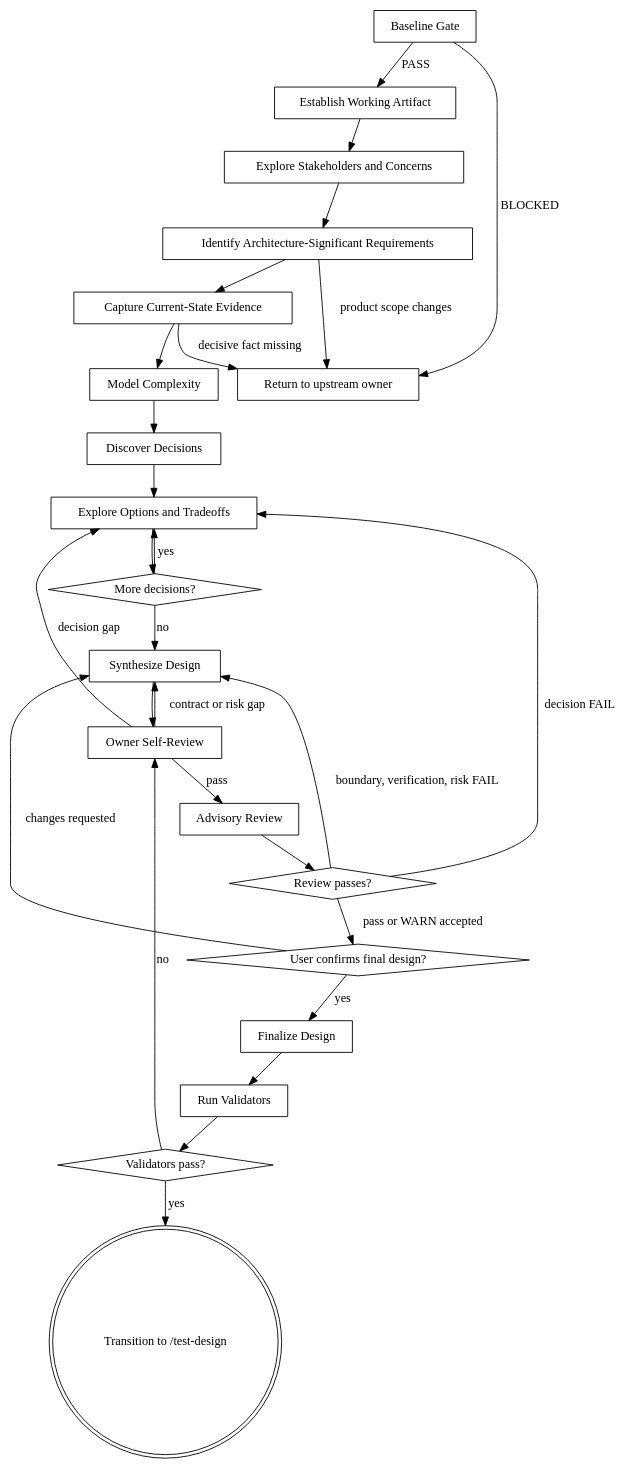
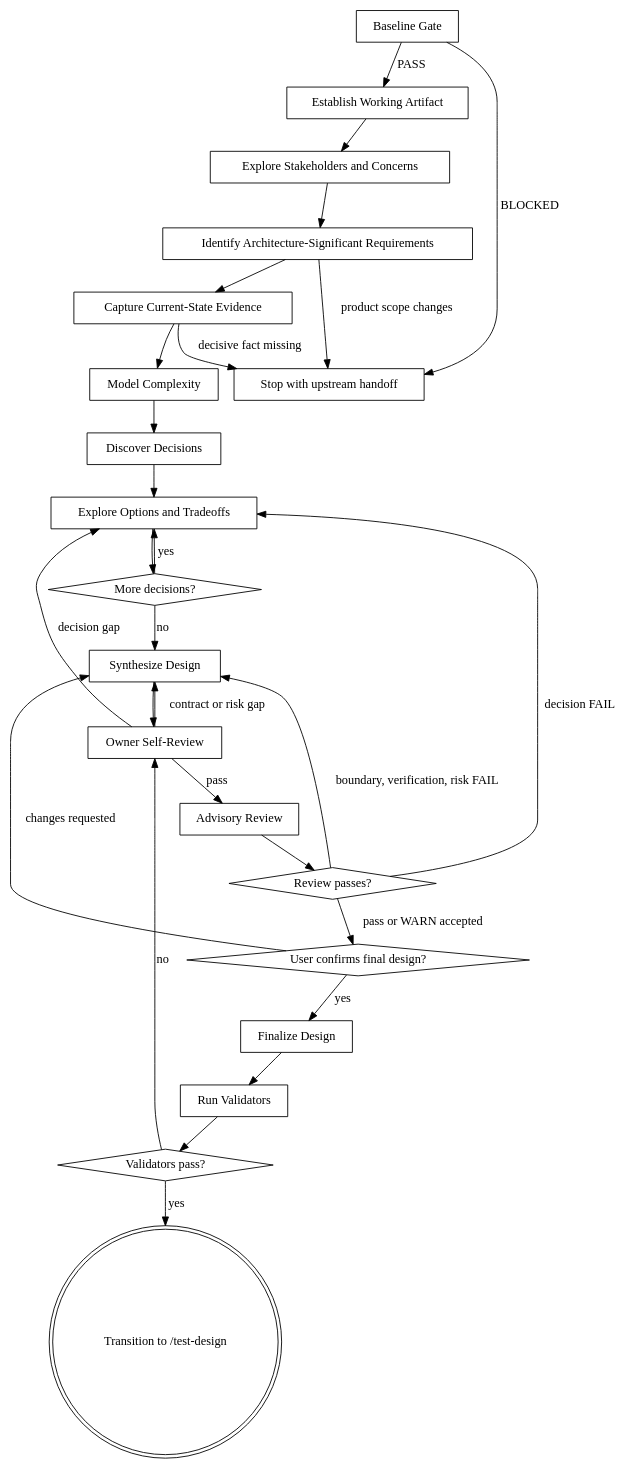
The diagram in shared/skills/design/SKILL.md (jieli-cqwl/org-claude-skills), drawn with Graphviz before and after one commit. The commit also changed other lines of this file and 52 other files, not shown here.

First line of the commit message:
docs: streamline design governance flow

````diff
--- a/shared/skills/design/SKILL.md
+++ b/shared/skills/design/SKILL.md
@@ -49,51 +49,51 @@
 ```dot
 digraph design {
     "Baseline Gate" [shape=box];
-    "Return to upstream owner" [shape=box];
+    "Stop with upstream handoff" [shape=box];
     "Establish Working Artifact" [shape=box];
     "Explore Stakeholders and Concerns" [shape=box];
     "Identify Architecture-Significant Requirements" [shape=box];
     "Capture Current-State Evidence" [shape=box];
     "Model Complexity" [shape=box];
     "Discover Decisions" [shape=box];
     "Explore Options and Tradeoffs" [shape=box];
     "More decisions?" [shape=diamond];
     "Synthesize Design" [shape=box];
     "Owner Self-Review" [shape=box];
     "Advisory Review" [shape=box];
     "Review passes?" [shape=diamond];
     "User confirms final design?" [shape=diamond];
     "Finalize Design" [shape=box];
     "Run Validators" [shape=box];
     "Validators pass?" [shape=diamond];
     "Transition to /test-design" [shape=doublecircle];
 
-    "Baseline Gate" -> "Return to upstream owner" [label="BLOCKED"];
+    "Baseline Gate" -> "Stop with upstream handoff" [label="BLOCKED"];
     "Baseline Gate" -> "Establish Working Artifact" [label="PASS"];
     "Establish Working Artifact" -> "Explore Stakeholders and Concerns";
     "Explore Stakeholders and Concerns" -> "Identify Architecture-Significant Requirements";
-    "Identify Architecture-Significant Requirements" -> "Return to upstream owner" [label="product scope changes"];
+    "Identify Architecture-Significant Requirements" -> "Stop with upstream handoff" [label="product scope changes"];
     "Identify Architecture-Significant Requirements" -> "Capture Current-State Evidence";
-    "Capture Current-State Evidence" -> "Return to upstream owner" [label="decisive fact missing"];
+    "Capture Current-State Evidence" -> "Stop with upstream handoff" [label="decisive fact missing"];
     "Capture Current-State Evidence" -> "Model Complexity";
     "Model Complexity" -> "Discover Decisions";
     "Discover Decisions" -> "Explore Options and Tradeoffs";
     "Explore Options and Tradeoffs" -> "More decisions?";
     "More decisions?" -> "Explore Options and Tradeoffs" [label="yes"];
     "More decisions?" -> "Synthesize Design" [label="no"];
     "Synthesize Design" -> "Owner Self-Review";
     "Owner Self-Review" -> "Explore Options and Tradeoffs" [label="decision gap"];
     "Owner Self-Review" -> "Synthesize Design" [label="contract or risk gap"];
     "Owner Self-Review" -> "Advisory Review" [label="pass"];
     "Advisory Review" -> "Review passes?";
     "Review passes?" -> "Explore Options and Tradeoffs" [label="decision FAIL"];
     "Review passes?" -> "Synthesize Design" [label="boundary, verification, risk FAIL"];
     "Review passes?" -> "User confirms final design?" [label="pass or WARN accepted"];
     "User confirms final design?" -> "Synthesize Design" [label="changes requested"];
     "User confirms final design?" -> "Finalize Design" [label="yes"];
     "Finalize Design" -> "Run Validators";
     "Run Validators" -> "Validators pass?";
     "Validators pass?" -> "Owner Self-Review" [label="no"];
     "Validators pass?" -> "Transition to /test-design" [label="yes"];
 }
 ```
````
